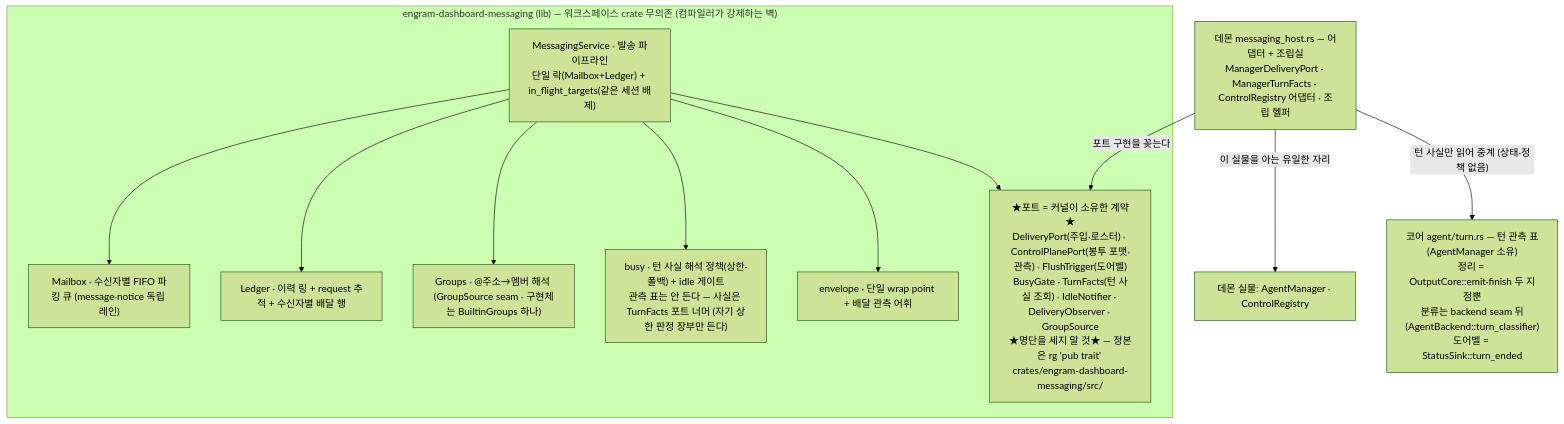
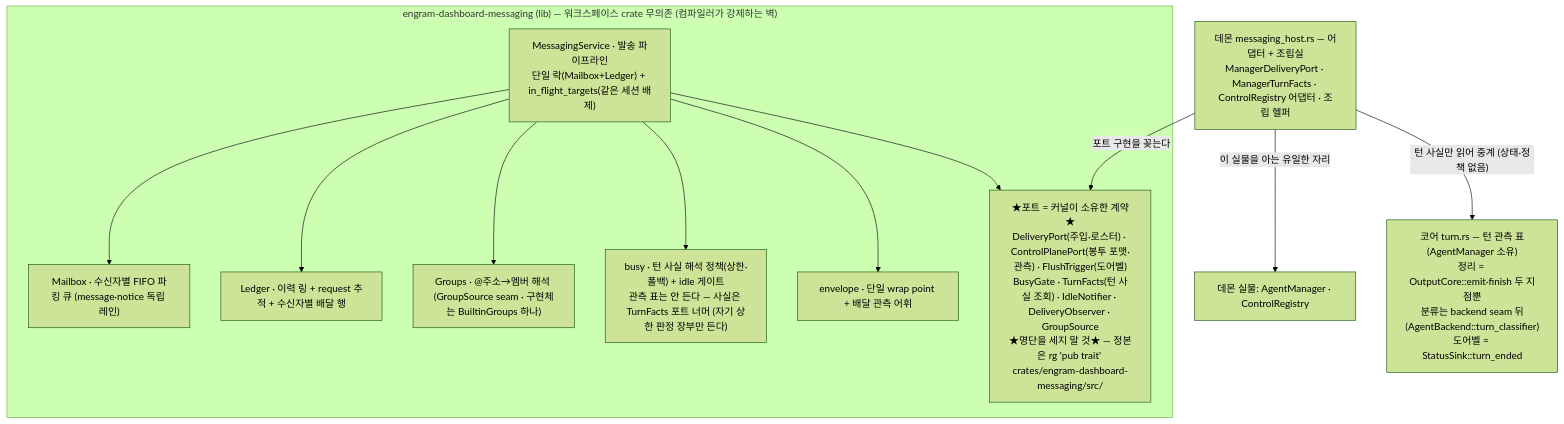
One commit to kimsunzun/engram-dashboard changed the tenth of 20 diagrams in docs/reference/architecture-overview.md. Above: the diagram before and after it, drawn with Mermaid (forest theme). The commit also changed other lines of this file and 48 other files, not shown here.

````diff
--- a/docs/reference/architecture-overview.md
+++ b/docs/reference/architecture-overview.md
@@ -429,26 +429,26 @@
 ```mermaid
 flowchart TD
   subgraph K["engram-dashboard-messaging (lib) — 워크스페이스 crate 무의존 (컴파일러가 강제하는 벽)"]
     SVC["MessagingService · 발송 파이프라인<br/>단일 락(Mailbox+Ledger) + in_flight_targets(같은 세션 배제)"]
     MB["Mailbox · 수신자별 FIFO 파킹 큐 (message·notice 독립 레인)"]
     LG["Ledger · 이력 링 + request 추적 + 수신자별 배달 행"]
     GR["Groups · @주소→멤버 해석 (GroupSource seam · 구현체는 BuiltinGroups 하나)"]
     BZ["busy · 턴 사실 해석 정책(상한·폴백) + idle 게이트<br/>관측 표는 안 든다 — 사실은 TurnFacts 포트 너머 (자기 상한 판정 장부만 든다)"]
     EN["envelope · 단일 wrap point + 배달 관측 어휘"]
     PORT["★포트 = 커널이 소유한 계약★<br/>DeliveryPort(주입·로스터) · ControlPlanePort(봉투 포맷·관측) · FlushTrigger(도어벨)<br/>BusyGate · TurnFacts(턴 사실 조회) · IdleNotifier · DeliveryObserver · GroupSource<br/>★명단을 세지 말 것★ — 정본은 rg 'pub trait' crates/engram-dashboard-messaging/src/"]
     SVC --> MB
     SVC --> LG
     SVC --> GR
     SVC --> BZ
     SVC --> EN
     SVC --> PORT
   end
 
   HOST["데몬 messaging_host.rs — 어댑터 + 조립실<br/>ManagerDeliveryPort · ManagerTurnFacts · ControlRegistry 어댑터 · 조립 헬퍼"]
   REAL["데몬 실물: AgentManager · ControlRegistry"]
-  CORE["코어 agent/turn.rs — 턴 관측 표(AgentManager 소유)<br/>정리 = OutputCore::emit·finish 두 지점뿐<br/>분류는 backend seam 뒤(AgentBackend::turn_classifier)<br/>도어벨 = StatusSink::turn_ended"]
+  CORE["코어 turn.rs — 턴 관측 표(AgentManager 소유)<br/>정리 = OutputCore::emit·finish 두 지점뿐<br/>분류는 backend seam 뒤(AgentBackend::turn_classifier)<br/>도어벨 = StatusSink::turn_ended"]
 
   HOST -->|"포트 구현을 꽂는다"| PORT
   HOST -->|"이 실물을 아는 유일한 자리"| REAL
   HOST -->|"턴 사실만 읽어 중계 (상태·정책 없음)"| CORE
 ```
````
